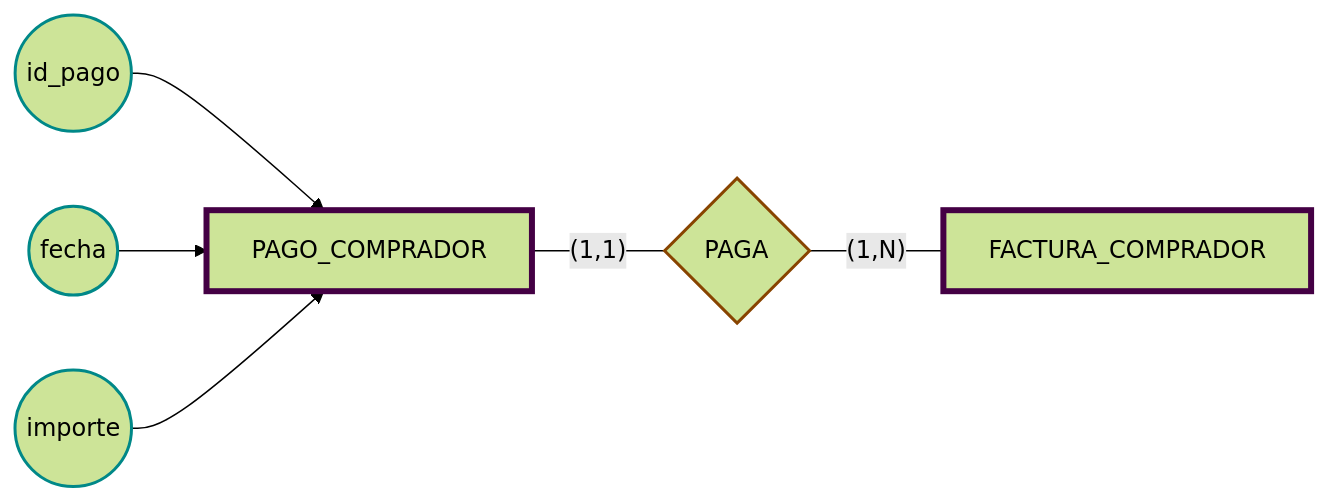
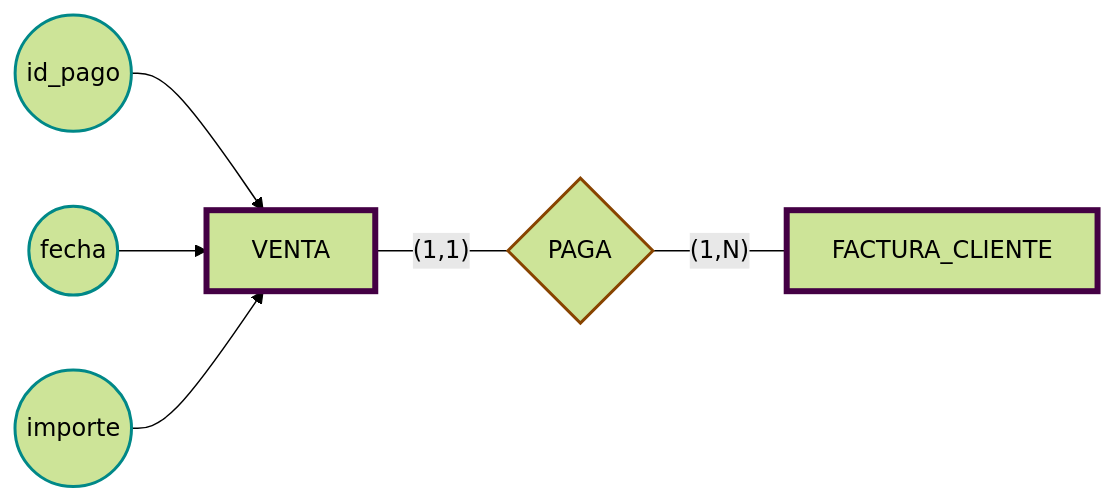
One commit to JulTob/Data changed the tenth of 14 diagrams in DataBases/lonja_DB.md. Above: the diagram before and after it, drawn with Mermaid (forest theme). The commit also changed other lines of this file, not shown here.

````diff
--- a/DataBases/lonja_DB.md
+++ b/DataBases/lonja_DB.md
@@ -444,18 +527,18 @@
 ```mermaid
 flowchart LR
   classDef entidad stroke:#404,stroke-width:4px;
   classDef relacion stroke:#840,stroke-width:2px;
   classDef atributo stroke:#088,stroke-width:2px;
 
-  Factura[FACTURA_COMPRADOR]:::entidad
-  Pago[PAGO_COMPRADOR]:::entidad
+  Factura[FACTURA_CLIENTE]:::entidad
+  Pago[VENTA]:::entidad
   Rel{PAGA}:::relacion
 
   id_pago((id_pago)):::atributo --> Pago
   fecha((fecha)):::atributo --> Pago
   importe((importe)):::atributo --> Pago
 
    Pago ---|"(1,1)"| Rel
   Rel ---|"(1,N)"| Factura
 
 ```
````
